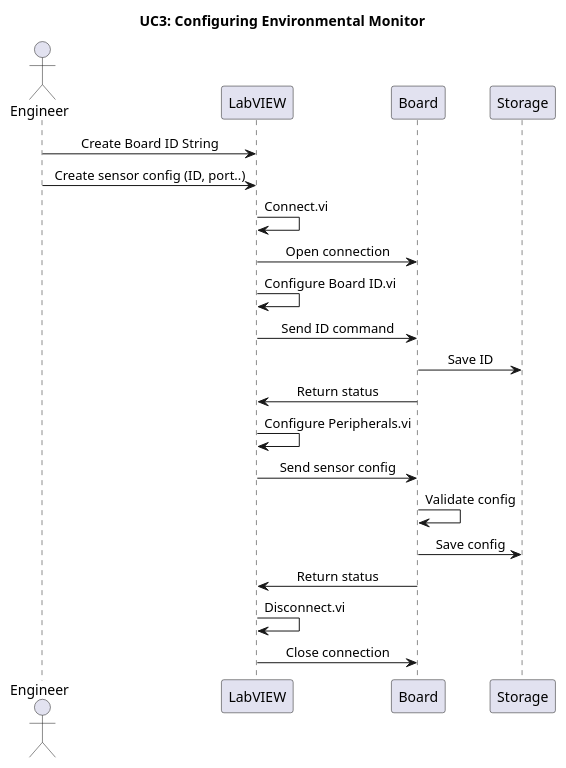
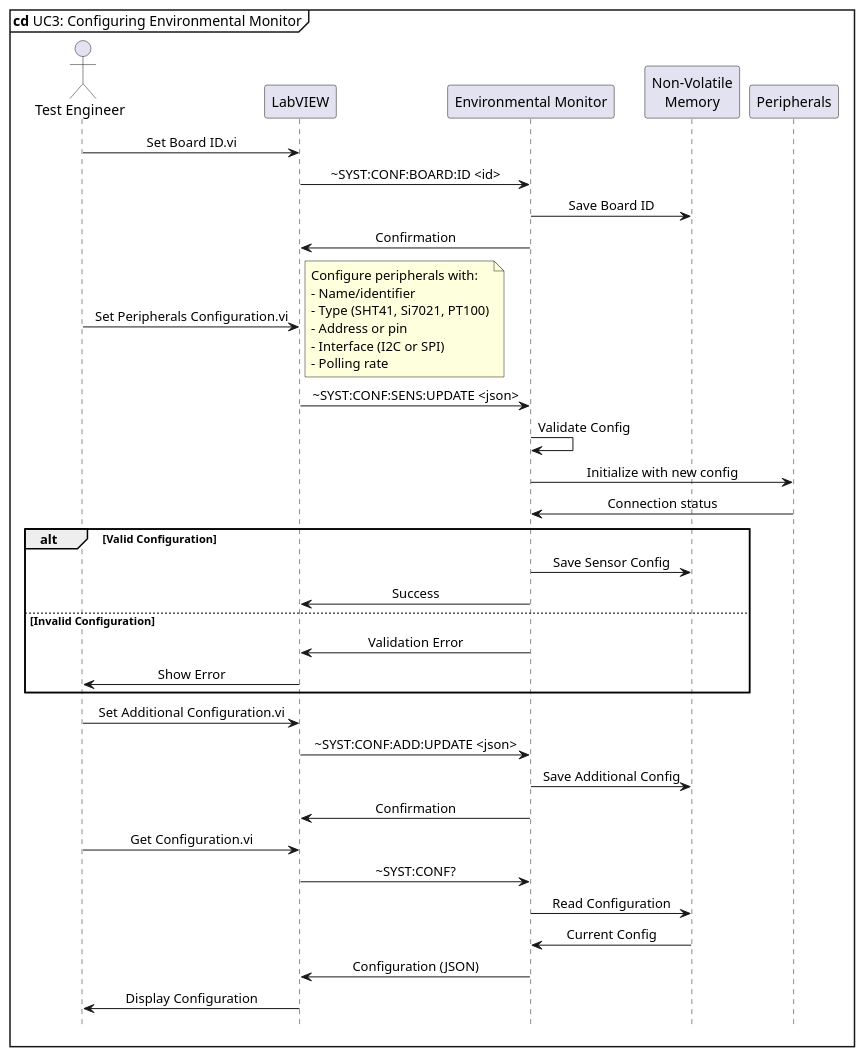
One commit to GabeAvenia/Environmental-Monitor-ESP32 changed the diagram in Sequence Diagrams/UC3 Configuring Environmental Monitor.puml. Above: the diagram before and after it, drawn with PlantUML. The commit also changed 18 other files, not shown here.

Commit message:
Allow string in Additional config. Created system component diagrams.

```diff
--- a/Sequence Diagrams/UC3 Configuring Environmental Monitor.puml
+++ b/Sequence Diagrams/UC3 Configuring Environmental Monitor.puml
@@ -1,29 +1,50 @@
 @startuml
+hide footbox
+mainframe **cd** UC3: Configuring Environmental Monitor
 skinparam sequenceMessageAlign center
-title UC3: Configuring Environmental Monitor
 
-actor Engineer
-participant LabVIEW
-participant Board
-participant Storage
+actor "Test Engineer" as Engineer
+participant "LabVIEW" as LabVIEW
+participant "Environmental Monitor" as Board
+participant "Non-Volatile\nMemory" as Storage
+participant "Peripherals" as Peripherals
 
-Engineer -> LabVIEW: Create Board ID String
-Engineer -> LabVIEW: Create sensor config (ID, port..)
+Engineer -> LabVIEW: Set Board ID.vi
+LabVIEW -> Board: ~SYST:CONF:BOARD:ID <id>
+Board -> Storage: Save Board ID
+Board -> LabVIEW: Confirmation
 
-LabVIEW -> LabVIEW:Connect.vi
-LabVIEW -> Board: Open connection
+Engineer -> LabVIEW: Set Peripherals Configuration.vi
+note right
+  Configure peripherals with:
+  - Name/identifier
+  - Type (SHT41, Si7021, PT100)
+  - Address or pin
+  - Interface (I2C or SPI)
+  - Polling rate
+end note
+LabVIEW -> Board: ~SYST:CONF:SENS:UPDATE <json>
+Board -> Board: Validate Config
+Board -> Peripherals: Initialize with new config
+Peripherals -> Board: Connection status
+alt Valid Configuration
+  Board -> Storage: Save Sensor Config
+  Board -> LabVIEW: Success
+else Invalid Configuration
+  Board -> LabVIEW: Validation Error
+  LabVIEW -> Engineer: Show Error
+end
 
-LabVIEW -> LabVIEW: Configure Board ID.vi
-LabVIEW -> Board: Send ID command
-Board -> Storage: Save ID
-Board -> LabVIEW: Return status
+Engineer -> LabVIEW: Set Additional Configuration.vi
+LabVIEW -> Board: ~SYST:CONF:ADD:UPDATE <json>
+Board -> Storage: Save Additional Config
+Board -> LabVIEW: Confirmation
 
-LabVIEW -> LabVIEW: Configure Peripherals.vi
-LabVIEW -> Board: Send sensor config
-Board -> Board: Validate config
-Board -> Storage: Save config
-Board -> LabVIEW: Return status
+Engineer -> LabVIEW: Get Configuration.vi
+LabVIEW -> Board: ~SYST:CONF?
+Board -> Storage: Read Configuration
+Storage -> Board: Current Config
+Board -> LabVIEW: Configuration (JSON)
+LabVIEW -> Engineer: Display Configuration
 
-LabVIEW -> LabVIEW: Disconnect.vi
-LabVIEW -> Board: Close connection
 @enduml
```
